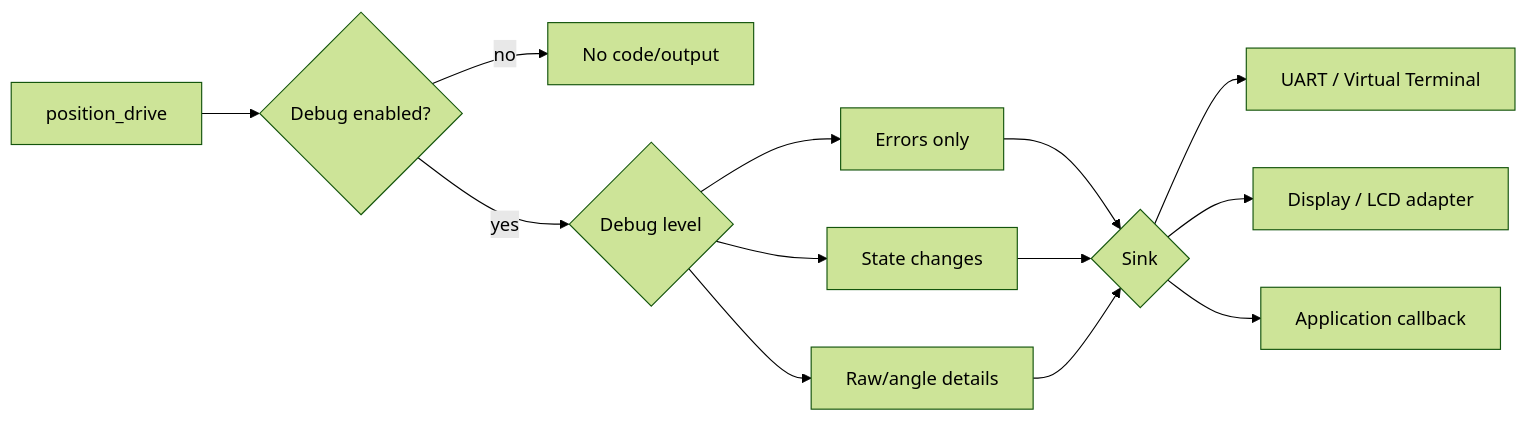
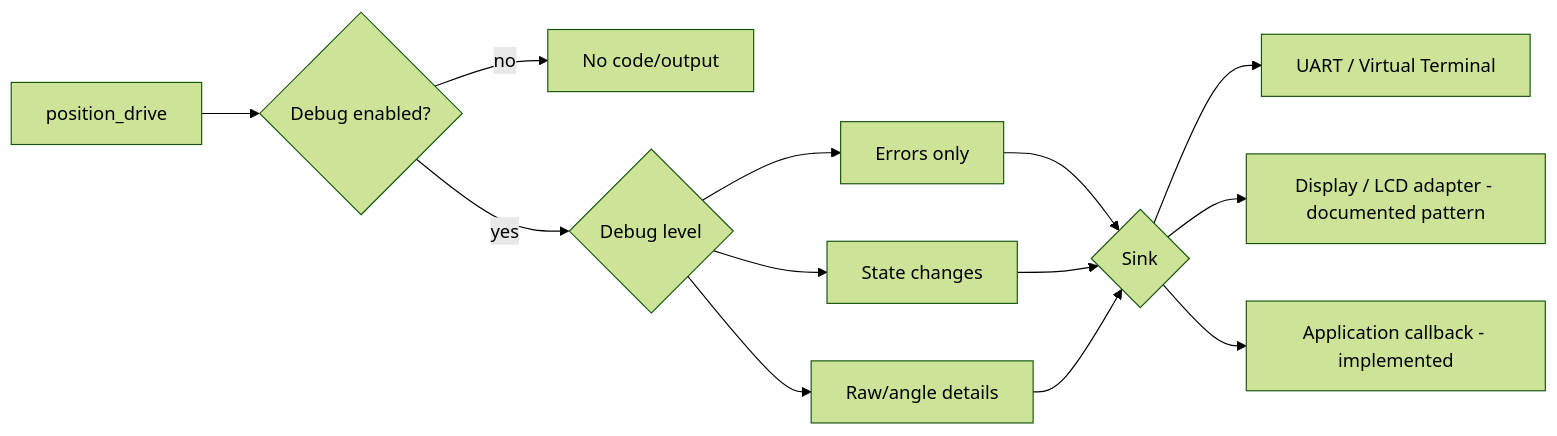
The eighth of 9 diagrams in docs/libraries/actuator/position_drive.md (anatoliWeb/pic-platform), drawn with Mermaid (forest theme) before and after one commit. The commit also changed other lines of this file and 7 other files, not shown here.

First line of the commit message:
docs(position-drive): add runtime and debug diagrams

````diff
--- a/docs/libraries/actuator/position_drive.md
+++ b/docs/libraries/actuator/position_drive.md
@@ -247,15 +330,15 @@
 ```mermaid
 flowchart LR
     PD[position_drive] --> D{Debug enabled?}
     D -- no --> NONE[No code/output]
     D -- yes --> L{Debug level}
     L --> ERR[Errors only]
     L --> INFO[State changes]
     L --> TRACE[Raw/angle details]
     ERR --> S{Sink}
     INFO --> S
     TRACE --> S
     S --> UART[UART / Virtual Terminal]
-    S --> DISPLAY[Display / LCD adapter]
-    S --> CB[Application callback]
+    S --> DISPLAY[Display / LCD adapter - documented pattern]
+    S --> CB[Application callback - implemented]
 ```
````
